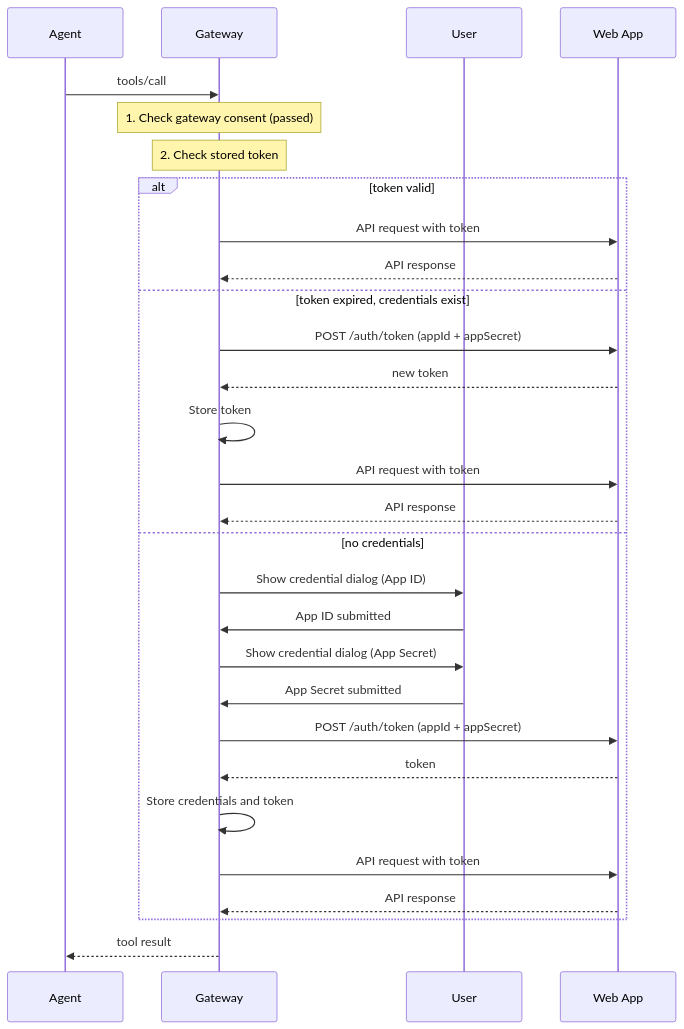
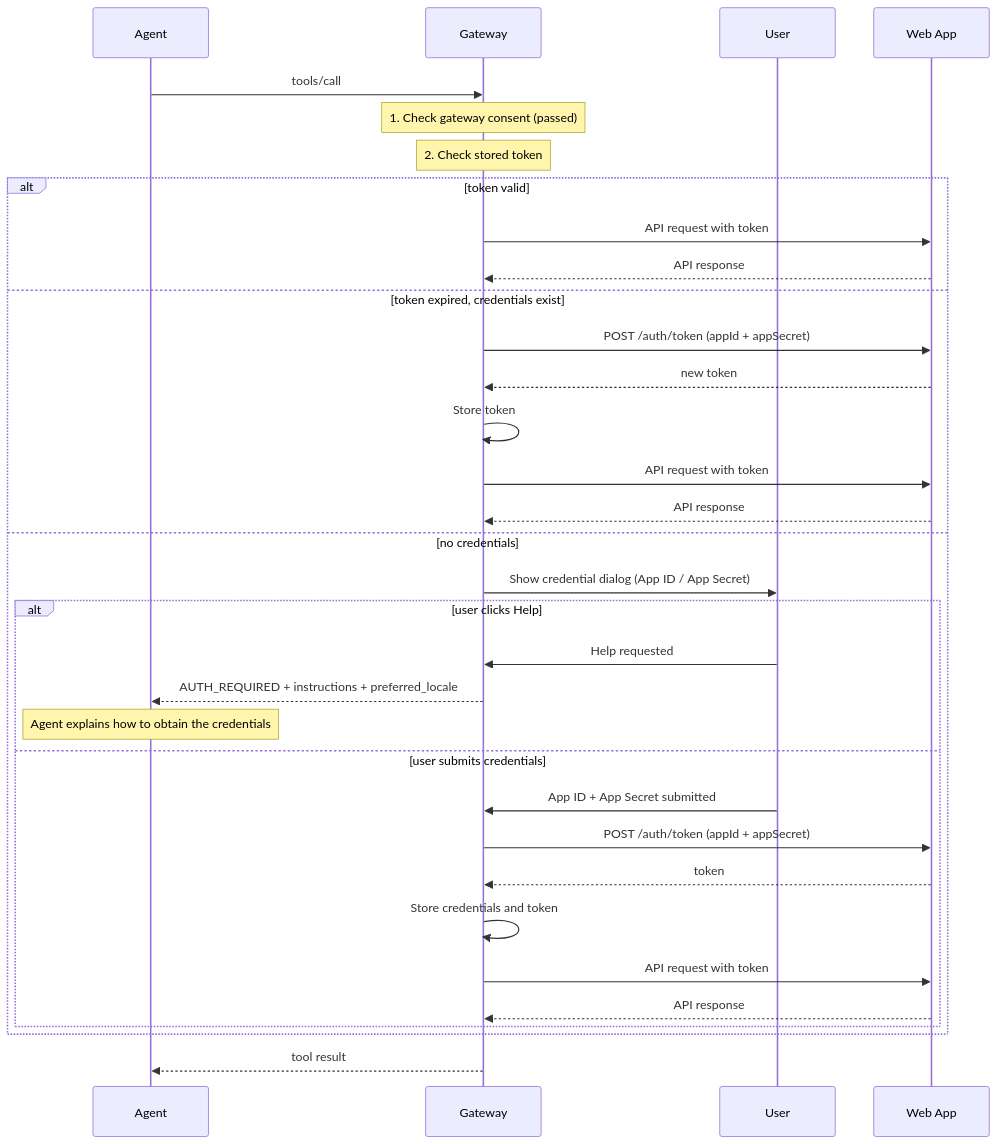
One commit to gybob/aai-protocol changed the fourth of 5 diagrams in spec/security.md. Above: the diagram before and after it, drawn with Mermaid. The commit also changed other lines of this file and 2 other files, not shown here.

Commit message:
Clarify auth help guidance in protocol docs

````diff
--- a/spec/security.md
+++ b/spec/security.md
@@ -640,35 +625,39 @@
 ```mermaid
 sequenceDiagram
     participant A as Agent
     participant G as Gateway
     participant U as User
     participant W as Web App
 
     A->>G: tools/call
 
     Note over G: 1. Check gateway consent (passed)
     Note over G: 2. Check stored token
 
     alt token valid
         G->>W: API request with token
         W-->>G: API response
     else token expired, credentials exist
         G->>W: POST /auth/token (appId + appSecret)
         W-->>G: new token
         G->>G: Store token
         G->>W: API request with token
         W-->>G: API response
     else no credentials
-        G->>U: Show credential dialog (App ID)
-        U->>G: App ID submitted
-        G->>U: Show credential dialog (App Secret)
-        U->>G: App Secret submitted
-        G->>W: POST /auth/token (appId + appSecret)
-        W-->>G: token
-        G->>G: Store credentials and token
-        G->>W: API request with token
-        W-->>G: API response
+        G->>U: Show credential dialog (App ID / App Secret)
+        alt user clicks Help
+            U->>G: Help requested
+            G-->>A: AUTH_REQUIRED + instructions + preferred_locale
+            Note over A: Agent explains how to obtain the credentials
+        else user submits credentials
+            U->>G: App ID + App Secret submitted
+            G->>W: POST /auth/token (appId + appSecret)
+            W-->>G: token
+            G->>G: Store credentials and token
+            G->>W: API request with token
+            W-->>G: API response
+        end
     end
 
     G-->>A: tool result
 ```
````
